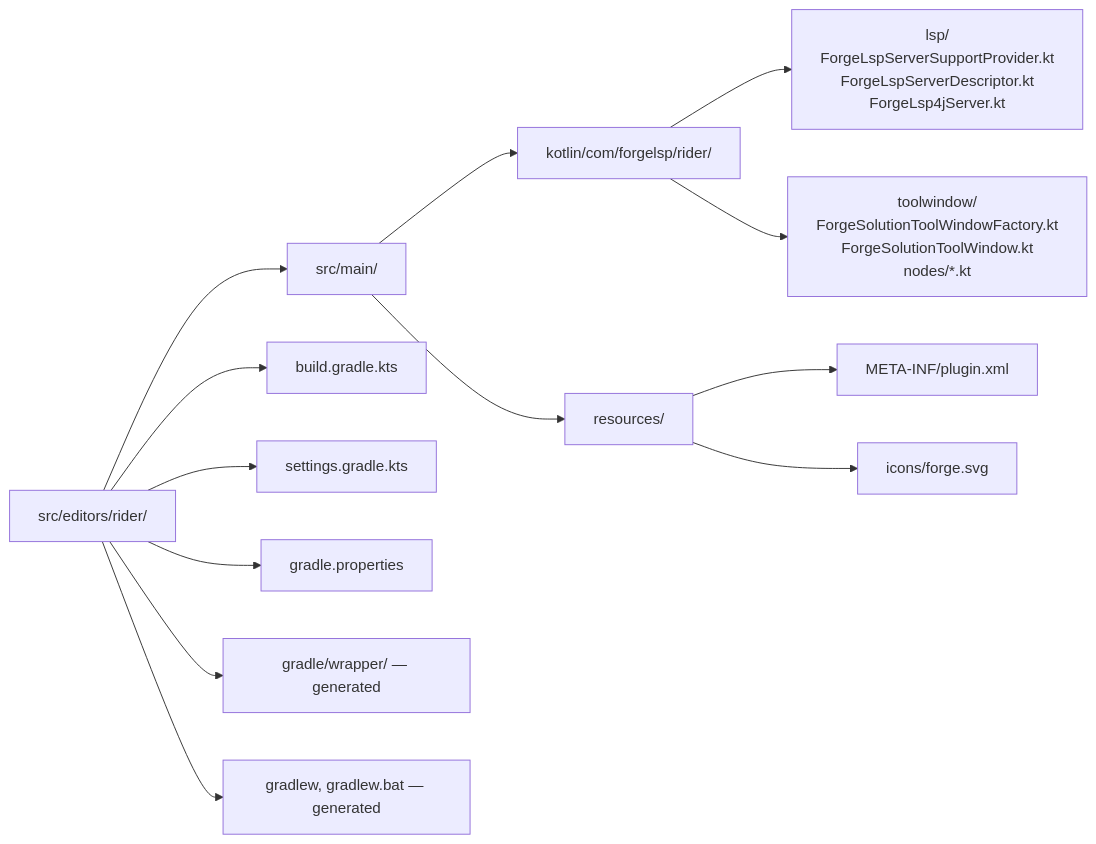
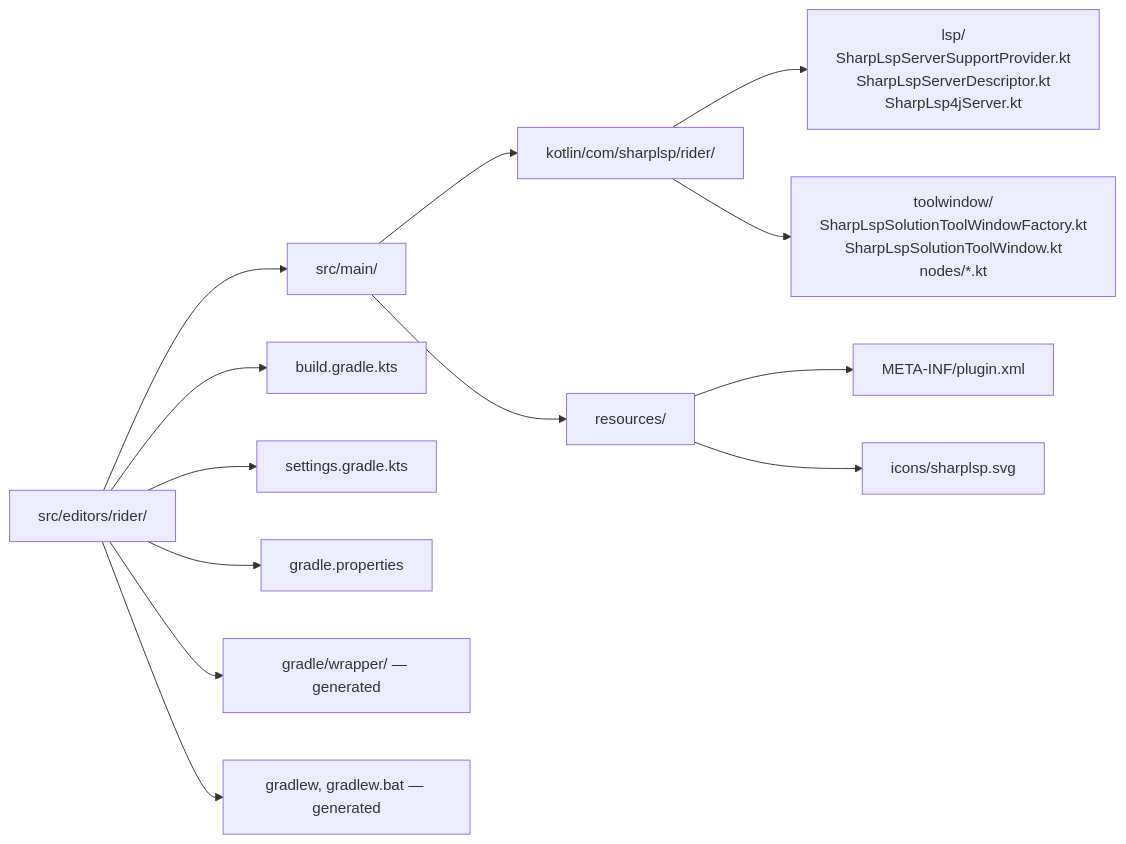
Before and after one commit to Nimblesite/SharpLsp: the second of 2 diagrams in docs/specs/RIDER-PLUGIN-SPEC.md, drawn with Mermaid. The commit also changed other lines of this file and 104 other files, not shown here.

First line of the commit message:
Ship the LSP binaries, the Rider plugin, and the Homebrew/Scoop channels (#239)

````diff
--- a/docs/specs/RIDER-PLUGIN-SPEC.md
+++ b/docs/specs/RIDER-PLUGIN-SPEC.md
@@ -39,15 +39,15 @@
   ```mermaid
   flowchart LR
       ROOT["src/editors/rider/"] --> MAIN["src/main/"]
-      MAIN --> KOTLIN["kotlin/com/forgelsp/rider/"]
+      MAIN --> KOTLIN["kotlin/com/sharplsp/rider/"]
       MAIN --> RESOURCES["resources/"]
       ROOT --> BUILD["build.gradle.kts"]
       ROOT --> SETTINGS["settings.gradle.kts"]
       ROOT --> PROPS["gradle.properties"]
       ROOT --> WRAPPER["gradle/wrapper/ — generated"]
       ROOT --> GRADLEW["gradlew, gradlew.bat — generated"]
-      KOTLIN --> LSPDIR["lsp/<br/>ForgeLspServerSupportProvider.kt<br/>ForgeLspServerDescriptor.kt<br/>ForgeLsp4jServer.kt"]
-      KOTLIN --> TWDIR["toolwindow/<br/>ForgeSolutionToolWindowFactory.kt<br/>ForgeSolutionToolWindow.kt<br/>nodes/*.kt"]
+      KOTLIN --> LSPDIR["lsp/<br/>SharpLspServerSupportProvider.kt<br/>SharpLspServerDescriptor.kt<br/>SharpLsp4jServer.kt"]
+      KOTLIN --> TWDIR["toolwindow/<br/>SharpLspSolutionToolWindowFactory.kt<br/>SharpLspSolutionToolWindow.kt<br/>nodes/*.kt"]
       RESOURCES --> METAINF["META-INF/plugin.xml"]
-      RESOURCES --> ICONS["icons/forge.svg"]
+      RESOURCES --> ICONS["icons/sharplsp.svg"]
   ```
````
